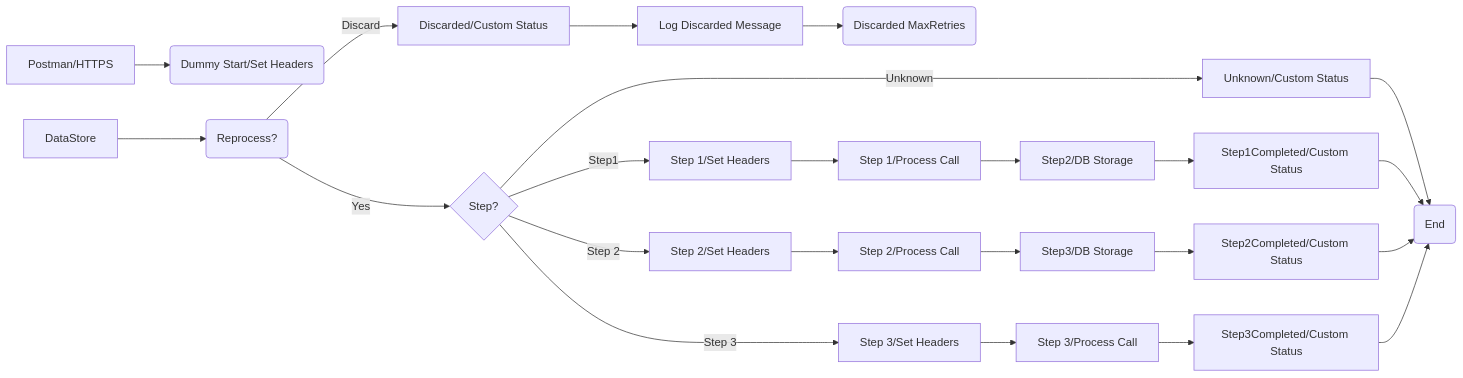
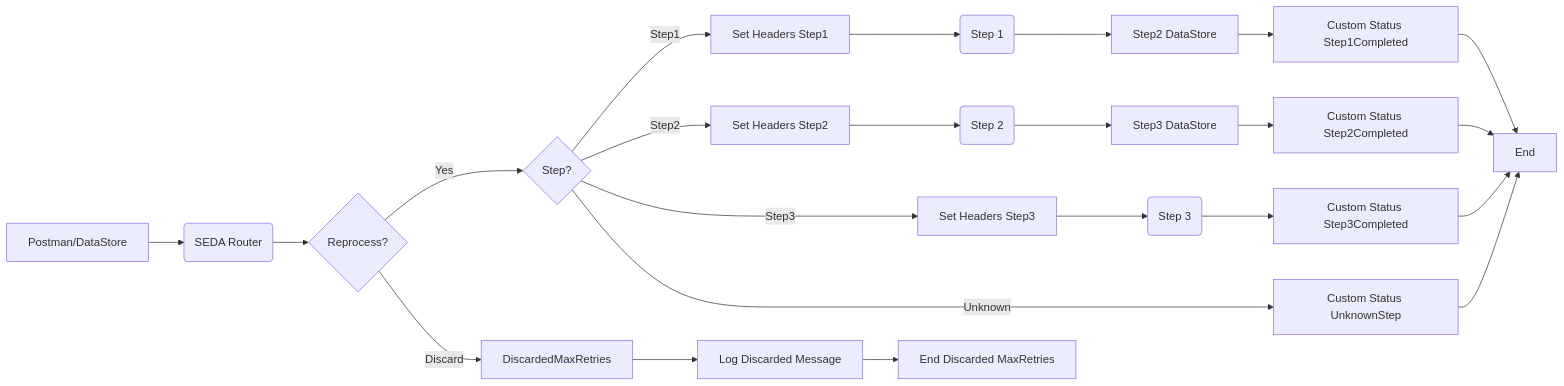
The diagram in MMZ - Cell Iflows/SEDA_Model_-_Single_DS_-_Restart_and_Discard_MMZ-1.0.0/readme.md (Avvale-IA-CICD/AvvaleCPI), drawn with Mermaid before and after one commit. The commit also changed other lines of this file, not shown here.

Commit message:
Add/update documentation for SEDA_Model_-_Single_DS_-_Restart_and_Discard_MMZ v1.0.0

````diff
--- a/MMZ - Cell Iflows/SEDA_Model_-_Single_DS_-_Restart_and_Discard_MMZ-1.0.0/readme.md
+++ b/MMZ - Cell Iflows/SEDA_Model_-_Single_DS_-_Restart_and_Discard_MMZ-1.0.0/readme.md
@@ -4,25 +4,25 @@
 ```mermaid
 graph LR
-    A[Postman/HTTPS] --> B(Dummy Start/Set Headers)
-    C[DataStore] --> E(Reprocess?)
-    E -- Yes --> F{Step?}
-    E -- Discard --> G[Discarded/Custom Status]
-    G --> H[Log Discarded Message]
-    H --> I(Discarded MaxRetries)
-    F -- Step1 --> J[Step 1/Set Headers]
-    F -- Step 2 --> K[Step 2/Set Headers]
-    F -- Step 3 --> L[Step 3/Set Headers]
-    F -- Unknown --> M[Unknown/Custom Status]
-    M --> N(End)
-    J --> O[Step 1/Process Call]
-    K --> P[Step 2/Process Call]
-    L --> Q[Step 3/Process Call]
-    O --> R[Step2/DB Storage]
-    P --> S[Step3/DB Storage]
-    R --> T[Step1Completed/Custom Status]
-    S --> U[Step2Completed/Custom Status]
-    Q --> V[Step3Completed/Custom Status]
-    T --> N
-    U --> N
-    V --> N
+    A[Postman/DataStore] --> B(SEDA Router)
+    B --> C{Reprocess?}
+    C -- Yes --> D{Step?}
+    C -- Discard --> E[DiscardedMaxRetries]
+    D -- Step1 --> F[Set Headers Step1]
+    D -- Step2 --> G[Set Headers Step2]
+    D -- Step3 --> H[Set Headers Step3]
+    D -- Unknown --> I[Custom Status UnknownStep]
+    F --> J(Step 1)
+    G --> K(Step 2)
+    H --> L(Step 3)
+    J --> M[Step2 DataStore]
+    K --> N[Step3 DataStore]
+    L --> O[Custom Status Step3Completed]
+    M --> P[Custom Status Step1Completed]
+    N --> Q[Custom Status Step2Completed]
+    O --> R[End]
+    P --> R
+    Q --> R
+    I --> R
+    E --> S[Log Discarded Message]
+    S --> T[End Discarded MaxRetries]
 ```
````
